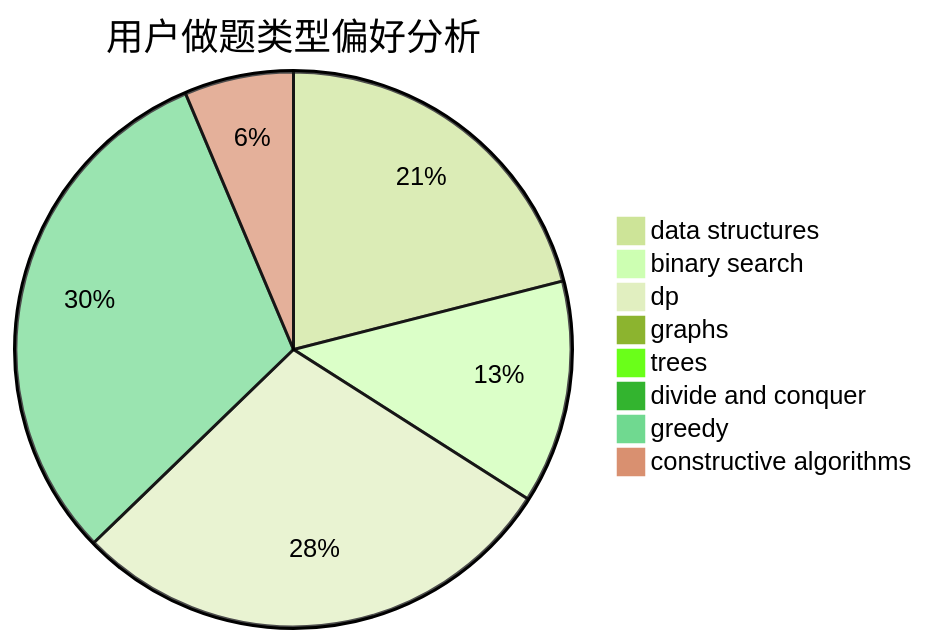
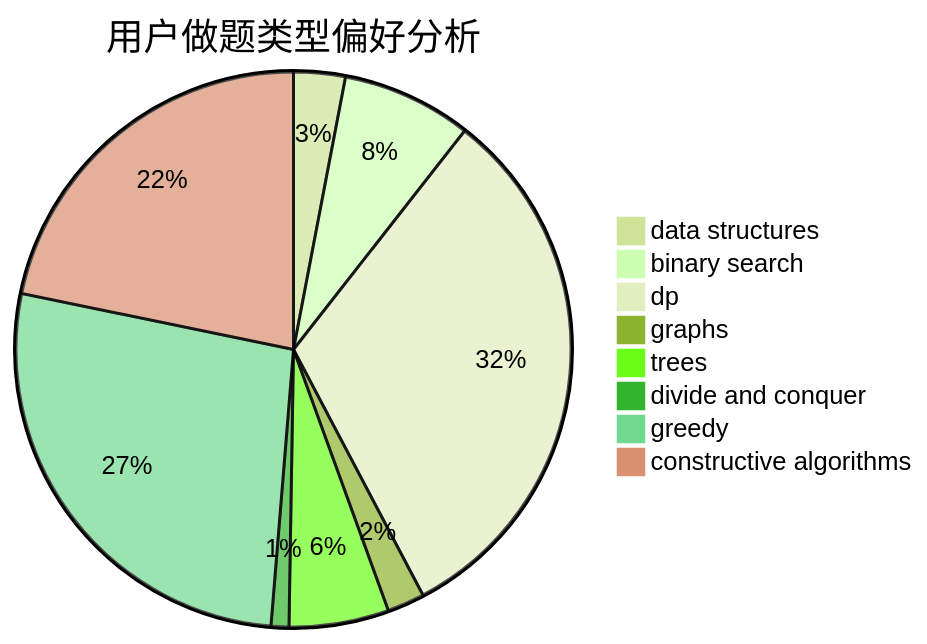
One commit to sherpahu/cfrs.github.io changed the second of 3 diagrams in docs/user/u2286.md. Above: the diagram before and after it, drawn with Mermaid (forest theme). The commit also changed other lines of this file and 2770 other files, not shown here.

````diff
--- a/docs/user/u2286.md
+++ b/docs/user/u2286.md
@@ -23,11 +23,11 @@
 ```mermaid
 pie title 用户做题类型偏好分析
-    "data structures" :  361
-    "binary search" :  223
-    "dp" :  493
-    "graphs" :  15
-    "trees" :  14
-    "divide and conquer" :  1
-    "greedy" :  530
-    "constructive algorithms" :  109
+    "data structures" :  29
+    "binary search" :  73
+    "dp" :  306
+    "graphs" :  21
+    "trees" :  56
+    "divide and conquer" :  10
+    "greedy" :  260
+    "constructive algorithms" :  210
 ```
````
